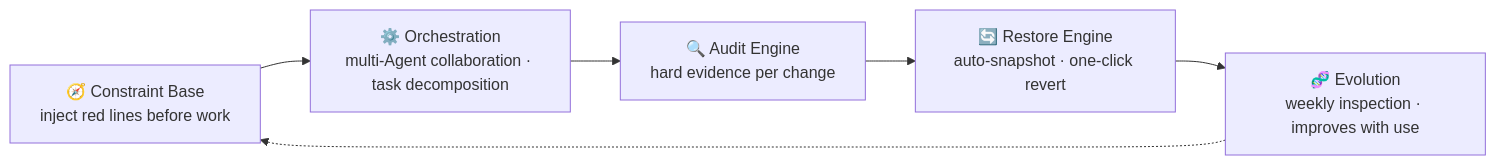
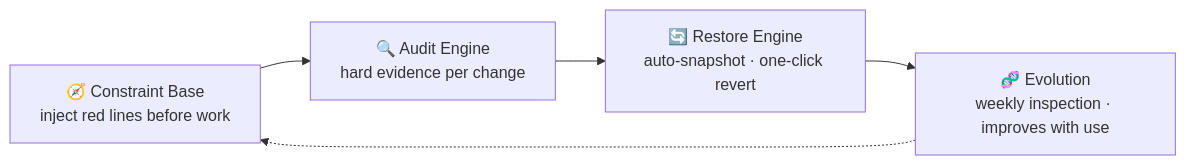
The diagram in README.en.md (KongFangXun/sofagent), drawn with Mermaid before and after one commit. The commit also changed other lines of this file and 28 other files, not shown here.

````diff
--- a/README.en.md
+++ b/README.en.md
@@ -208,8 +208,7 @@
 ```mermaid
 flowchart LR
-    CB[🧭 Constraint Base<br/>inject red lines before work] --> OR[⚙️ Orchestration<br/>multi-Agent collaboration · task decomposition]
-    OR --> AU[🔍 Audit Engine<br/>hard evidence per change]
+    CB[🧭 Constraint Base<br/>inject red lines before work] --> AU[🔍 Audit Engine<br/>hard evidence per change]
     AU --> RE[🔄 Restore Engine<br/>auto-snapshot · one-click revert]
     RE --> EV[🧬 Evolution<br/>weekly inspection · improves with use]
     EV -.-> CB
 ```
````
